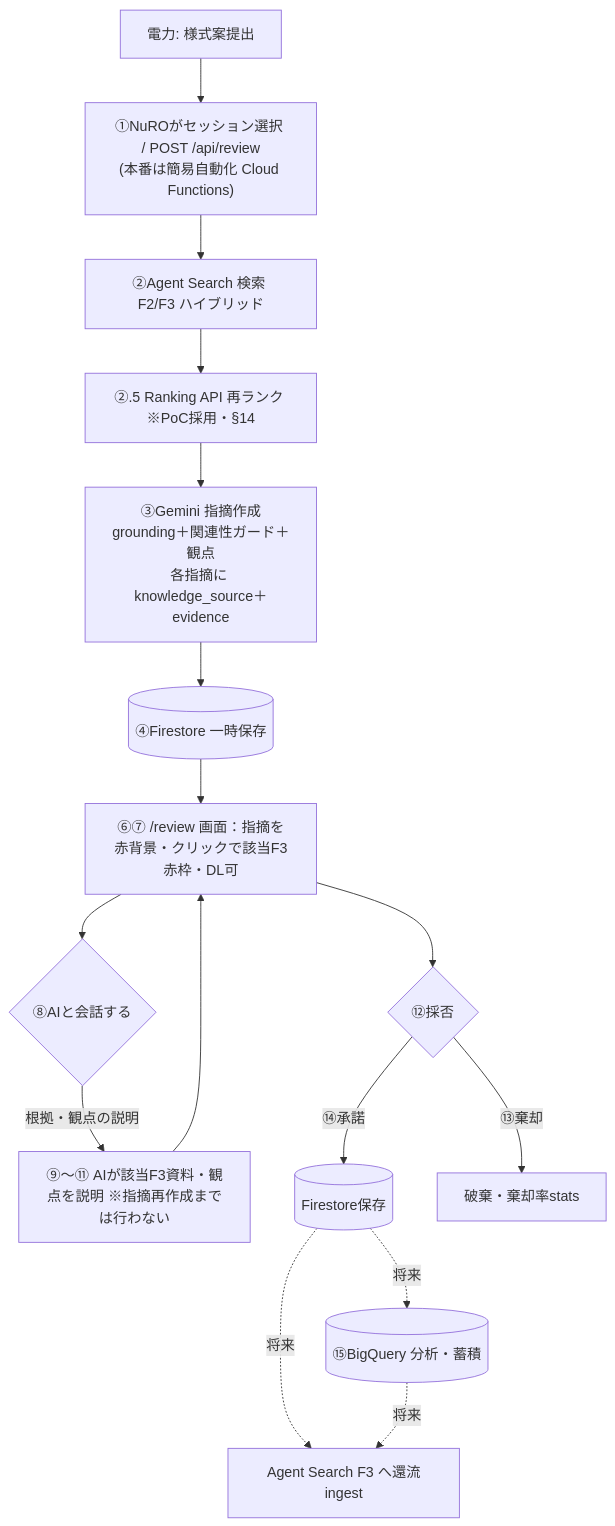
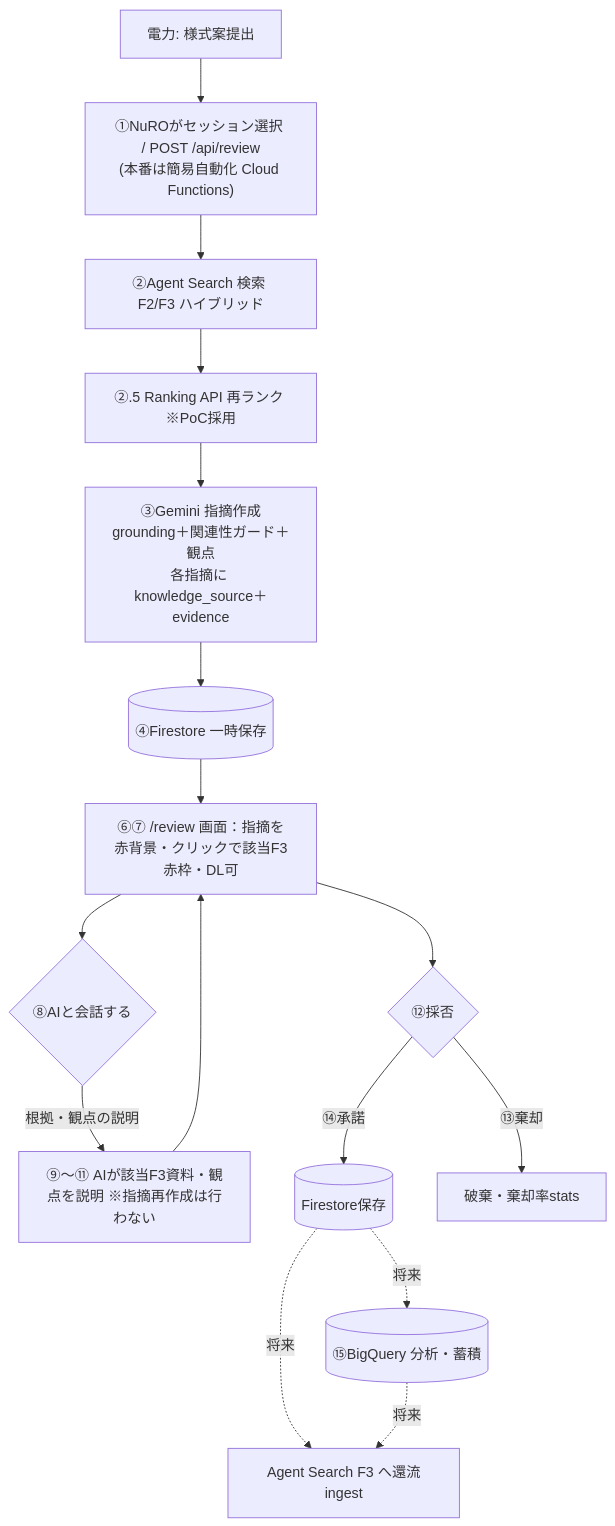
The diagram in docs/preliminary_review/RAG_VERIFICATION.md (monigairu/PPOOCC), drawn with Mermaid before and after one commit. The commit also changed other lines of this file, not shown here.

````diff
--- a/docs/preliminary_review/RAG_VERIFICATION.md
+++ b/docs/preliminary_review/RAG_VERIFICATION.md
@@ -626,18 +103,18 @@
 ```mermaid
 flowchart TD
   S[電力: 様式案提出] --> M["①NuROがセッション選択 / POST /api/review<br/>(本番は簡易自動化 Cloud Functions)"]
   M --> R2[②Agent Search 検索 F2/F3 ハイブリッド]
-  R2 --> RR[②.5 Ranking API 再ランク ※PoC採用・§14]
+  R2 --> RR[②.5 Ranking API 再ランク ※PoC採用]
   RR --> G["③Gemini 指摘作成<br/>grounding＋関連性ガード＋観点<br/>各指摘に knowledge_source＋evidence"]
   G --> FS[(④Firestore 一時保存)]
   FS --> UI["⑥⑦ /review 画面：指摘を赤背景・クリックで該当F3赤枠・DL可"]
   UI --> CH{⑧AIと会話する}
-  CH -->|根拠・観点の説明| EXP[⑨〜⑪ AIが該当F3資料・観点を説明 ※指摘再作成までは行わない]
+  CH -->|根拠・観点の説明| EXP[⑨〜⑪ AIが該当F3資料・観点を説明 ※指摘再作成は行わない]
   EXP --> UI
   UI --> D{⑫採否}
   D -->|⑭承諾| AC[(Firestore保存)]
   D -->|⑬棄却| RJ[破棄・棄却率stats]
   AC -. 将来 .-> BQ[(⑮BigQuery 分析・蓄積)]
   AC -. 将来 .-> F3I[Agent Search F3 へ還流ingest]
   BQ -. 将来 .-> F3I
 ```
````
